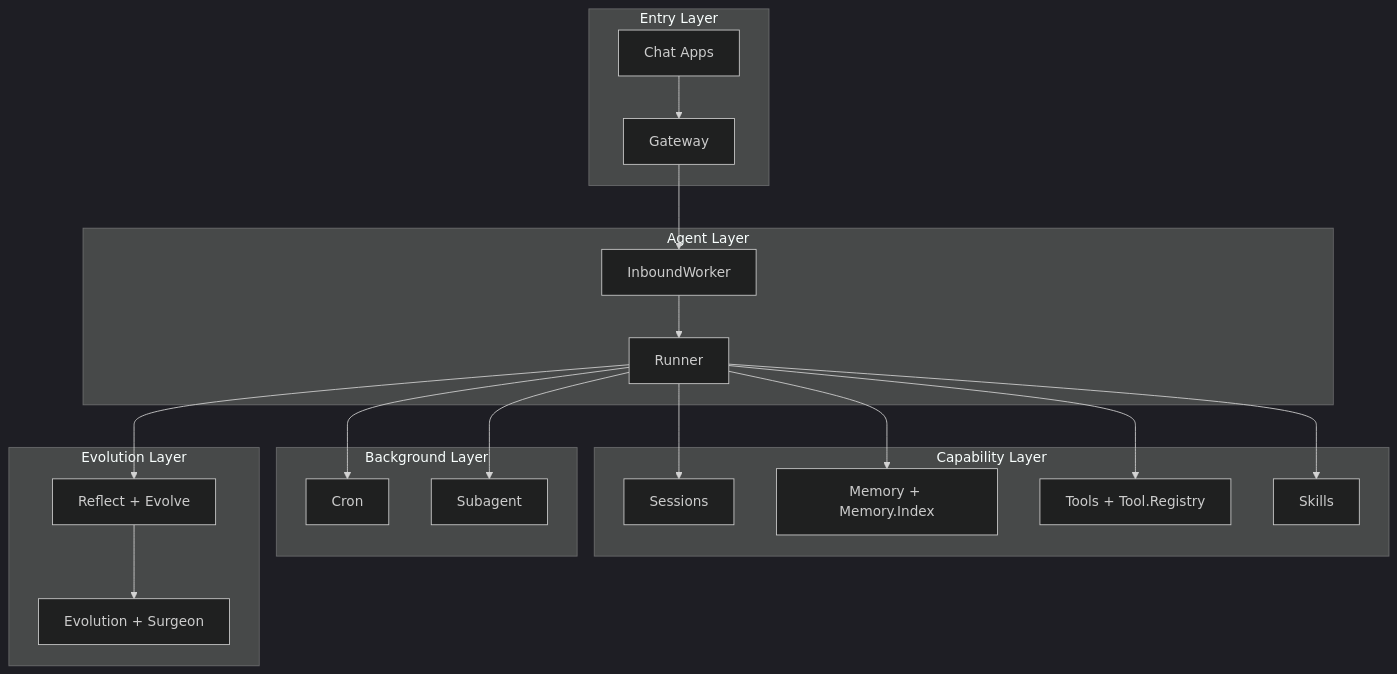
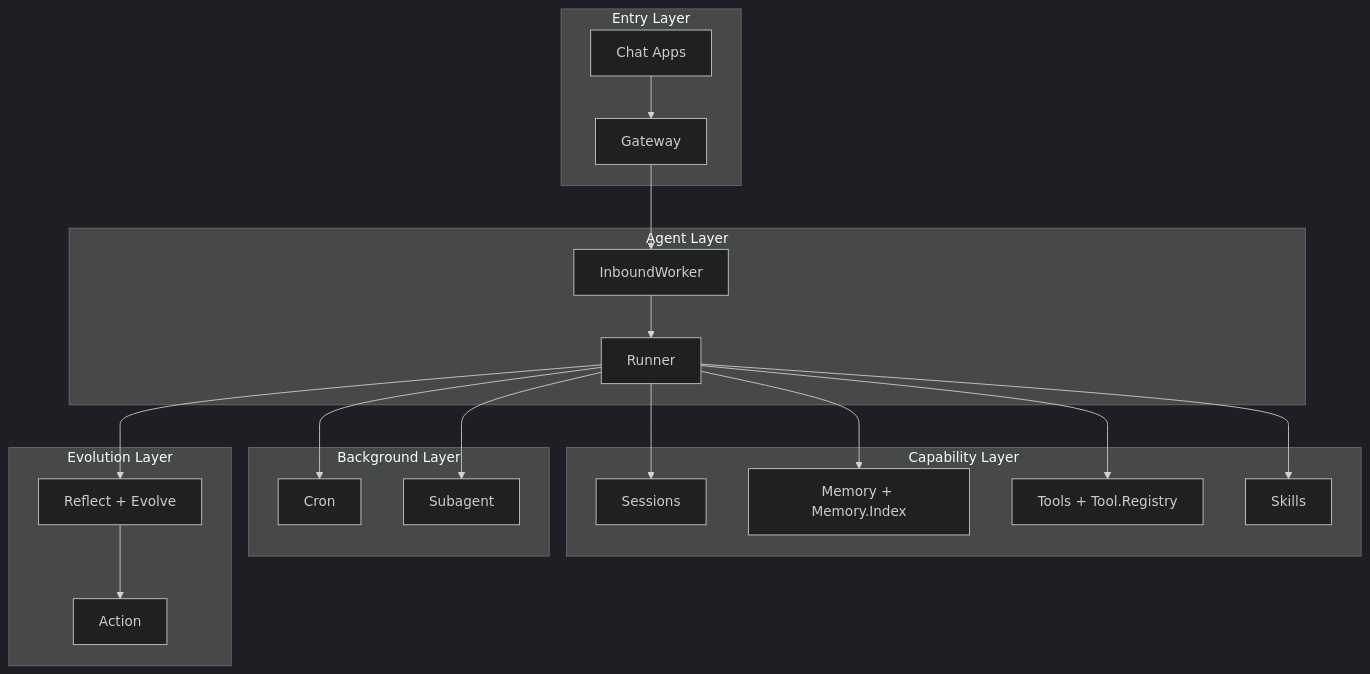
One commit to gofenix/nex-agent changed the third of 3 diagrams in README.md. Above: the diagram before and after it, drawn with Mermaid (dark theme). The commit also changed other lines of this file and 17 other files, not shown here.

````diff
--- a/README.md
+++ b/README.md
@@ -425,38 +417,38 @@
 ```mermaid
 flowchart TB
     subgraph L1["Entry Layer"]
         A["Chat Apps"]
         B["Gateway"]
     end
 
     subgraph L2["Agent Layer"]
         C["InboundWorker"]
         D["Runner"]
     end
 
     subgraph L3["Capability Layer"]
         E["Sessions"]
         F["Memory + Memory.Index"]
         G["Tools + Tool.Registry"]
         H["Skills"]
     end
 
     subgraph L4["Background Layer"]
         I["Cron"]
         J["Subagent"]
     end
 
     subgraph L5["Evolution Layer"]
         K["Reflect + Evolve"]
-        L["Evolution + Surgeon"]
+        L["Action"]
     end
 
     A --> B --> C --> D
     D --> E
     D --> F
     D --> G
     D --> H
     D --> I
     D --> J
     D --> K --> L
 ```
````
